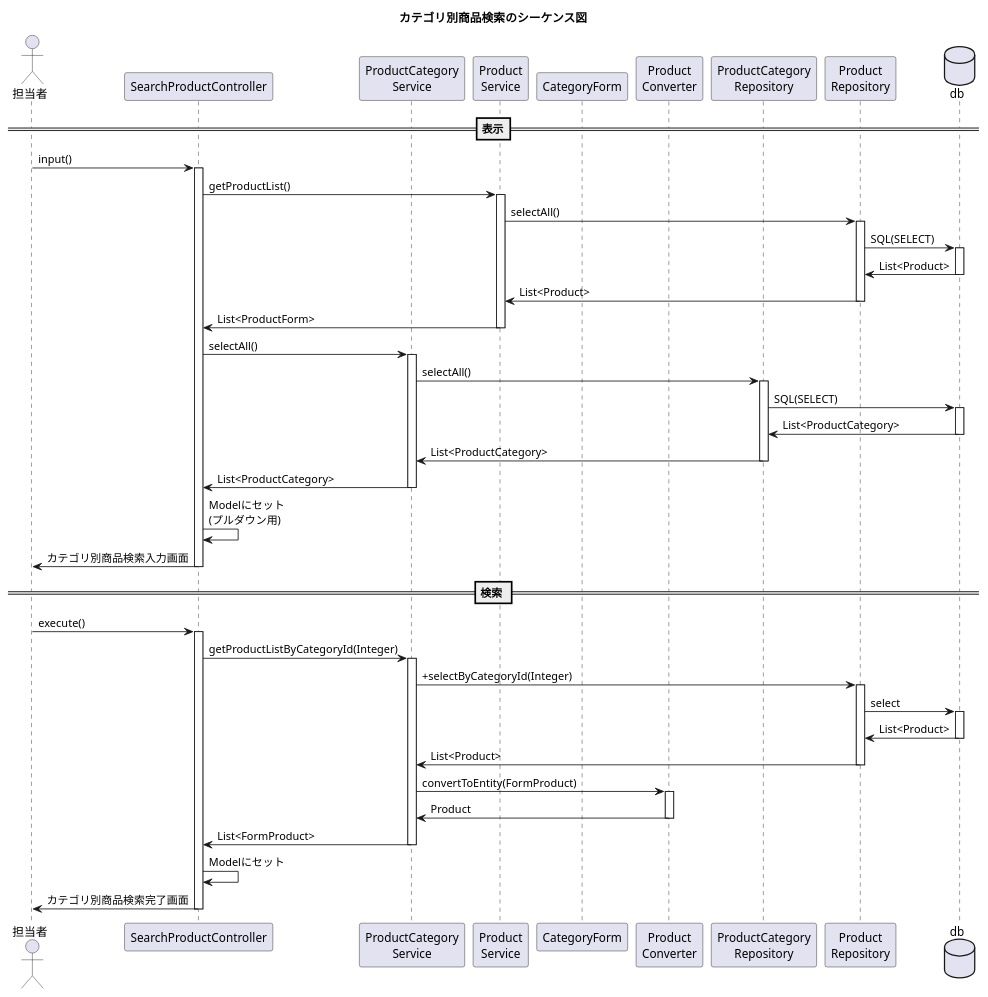
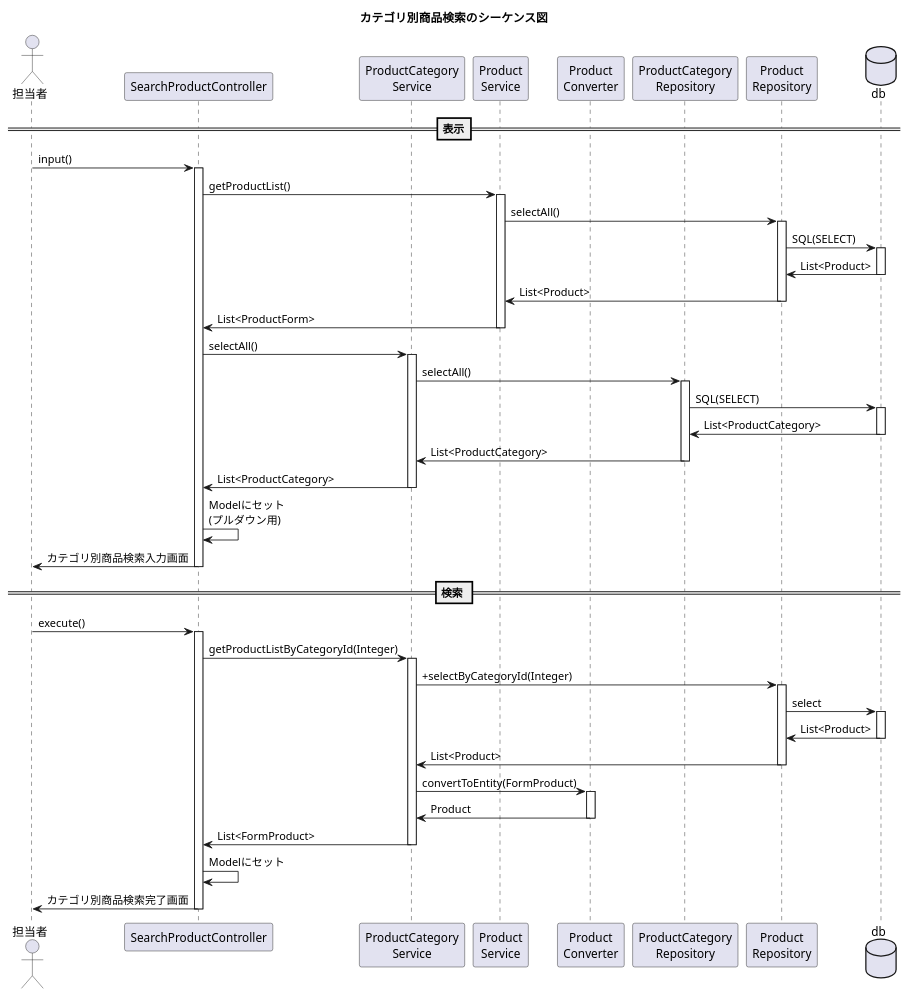
One commit to kanavii3333/ec-b changed the diagram in plan/uml/sequence/uc011.plantuml. Above: the diagram before and after it, drawn with PlantUML.

Commit message:
つかっていないクラスをシーケンス図から削除

```diff
--- a/plan/uml/sequence/uc011.plantuml
+++ b/plan/uml/sequence/uc011.plantuml
@@ -1,44 +1,43 @@
 @startuml
 
 title カテゴリ別商品検索のシーケンス図
 actor "担当者" as user
 participant "SearchProductController" as controller
 participant "ProductCategory\nService" as service
 participant "Product\nService" as service1
-participant "CategoryForm" as form
 participant "Product\nConverter" as helper
 participant "ProductCategory\nRepository" as repository1
 participant "Product\nRepository" as repository2
 database "db" as db
 ==表示==
 user -> controller++:input()
 controller -> service1++:getProductList()
 service1 -> repository2++:selectAll()
 repository2 -> db++:SQL(SELECT)
 repository2<- db--:List<Product> 
 service1 <- repository2--:List<Product>
 controller <- service1--:List<ProductForm>
 controller -> service++:selectAll()
 service -> repository1++:selectAll()
 repository1 -> db++:SQL(SELECT)
 db -> repository1--:List<ProductCategory>
 repository1 -> service--:List<ProductCategory>
 service -> controller--:List<ProductCategory>
 controller -> controller:Modelにセット\n(プルダウン用)
 controller -> user--:カテゴリ別商品検索入力画面
 
 == 検索 ==
 user -> controller++:execute()
 controller -> service++:getProductListByCategoryId(Integer)
 service -> repository2++:+selectByCategoryId(Integer)
 repository2 -> db++:select
 db -> repository2--:List<Product>
 repository2 -> service--:List<Product>
 service -> helper++:convertToEntity(FormProduct)
 service <- helper--:Product
 service -> controller--:List<FormProduct>
 controller -> controller:Modelにセット
 controller -> user--:カテゴリ別商品検索完了画面
 
 
 @enduml
```
